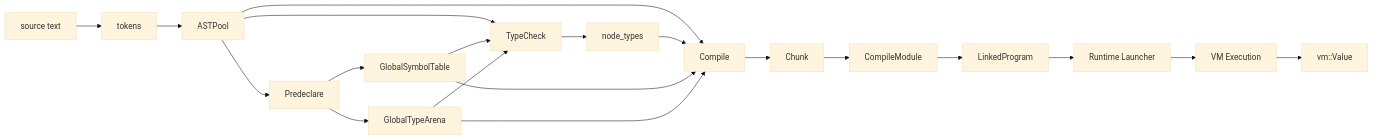
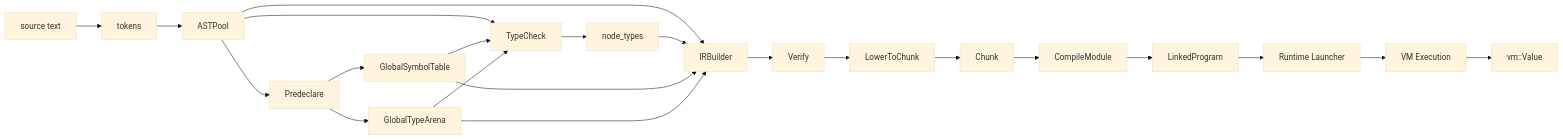
One commit to nikiplus/niki changed the second of 7 diagrams in include/niki/l0_core/readme.md. Above: the diagram before and after it, drawn with Mermaid (base theme). The commit also changed other lines of this file and 46 other files, not shown here.

````diff
--- a/include/niki/l0_core/readme.md
+++ b/include/niki/l0_core/readme.md
@@ -40,26 +40,28 @@
 ```mermaid
 graph LR
     S[source text] --> T[tokens]
     T --> A[ASTPool]
 
     A --> P[Predeclare]
     P --> G1[GlobalSymbolTable]
     P --> G2[GlobalTypeArena]
 
     A --> TC[TypeCheck]
     G1 --> TC
     G2 --> TC
     TC --> NT[node_types]
 
-    A --> CP[Compile]
-    NT --> CP
-    G1 --> CP
-    G2 --> CP
-    CP --> CH[Chunk]
+    A --> IRB[IRBuilder]
+    NT --> IRB
+    G1 --> IRB
+    G2 --> IRB
+    IRB --> VRF[Verify]
+    VRF --> LWC[LowerToChunk]
+    LWC --> CH[Chunk]
 
     CH --> CM[CompileModule]
     CM --> L[LinkedProgram]
     L --> R[Runtime Launcher]
     R --> V[VM Execution]
     V --> O[vm::Value]
 ```
````
